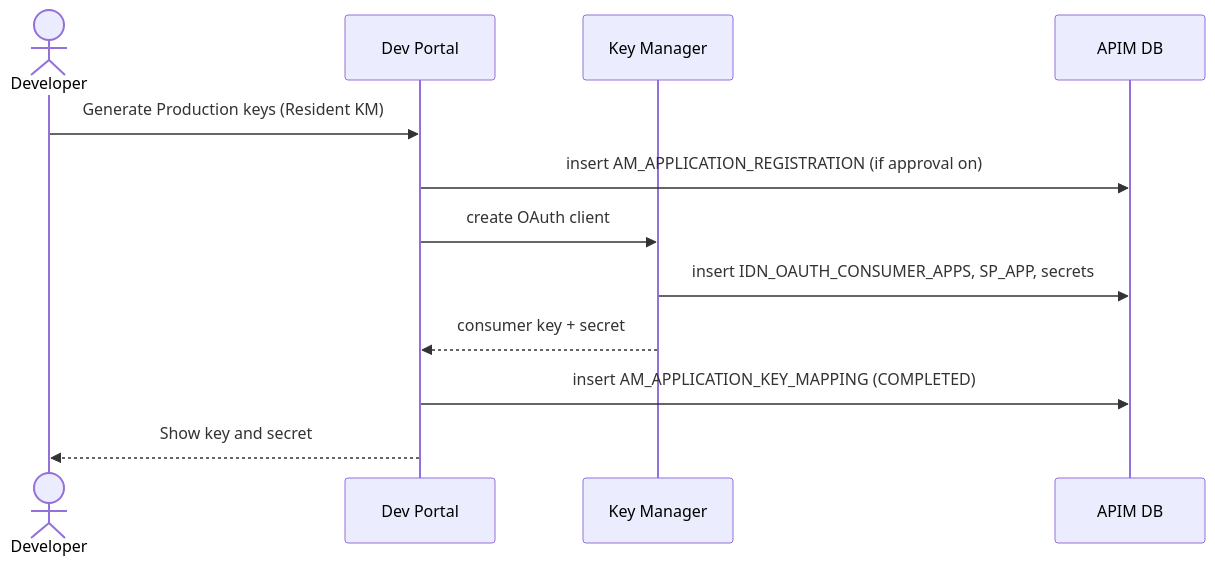
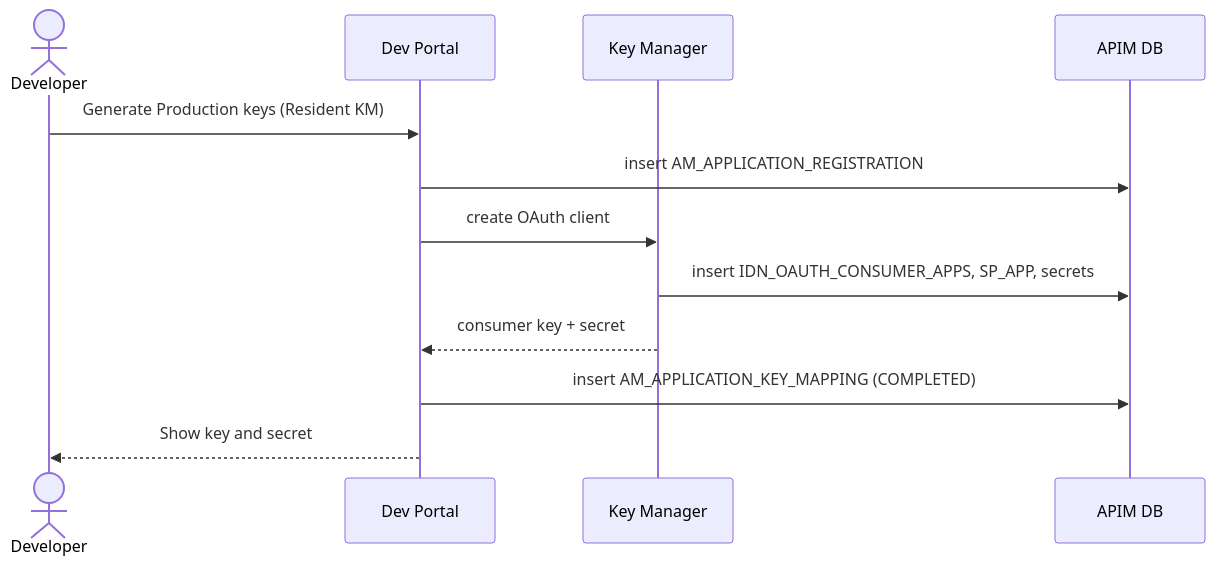
One commit to SaviNimz/apim-db-docs changed the second of 2 diagrams in docs/apim-4/flows/09-generate-keys.md. Above: the diagram before and after it, drawn with Mermaid. The commit also changed other lines of this file and 55 other files, not shown here.

First line of the commit message:
Verify all core flows against running 3.2.0 and 4.7.0 servers

````diff
--- a/docs/apim-4/flows/09-generate-keys.md
+++ b/docs/apim-4/flows/09-generate-keys.md
@@ -25,14 +32,14 @@
 ```mermaid
 sequenceDiagram
     actor Dev as Developer
     participant Portal as Dev Portal
     participant KM as Key Manager
     participant DB as APIM DB
     Dev->>Portal: Generate Production keys (Resident KM)
-    Portal->>DB: insert AM_APPLICATION_REGISTRATION (if approval on)
+    Portal->>DB: insert AM_APPLICATION_REGISTRATION
     Portal->>KM: create OAuth client
     KM->>DB: insert IDN_OAUTH_CONSUMER_APPS, SP_APP, secrets
     KM-->>Portal: consumer key + secret
     Portal->>DB: insert AM_APPLICATION_KEY_MAPPING (COMPLETED)
     Portal-->>Dev: Show key and secret
 ```
````
